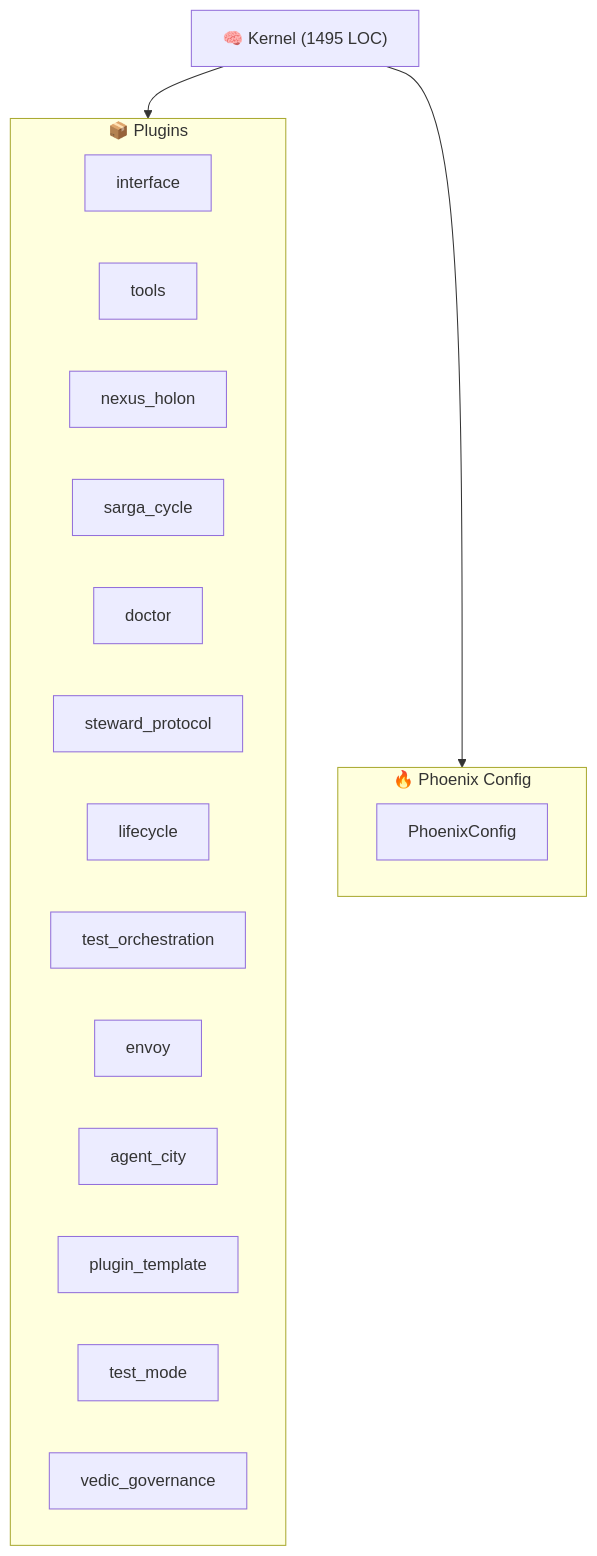
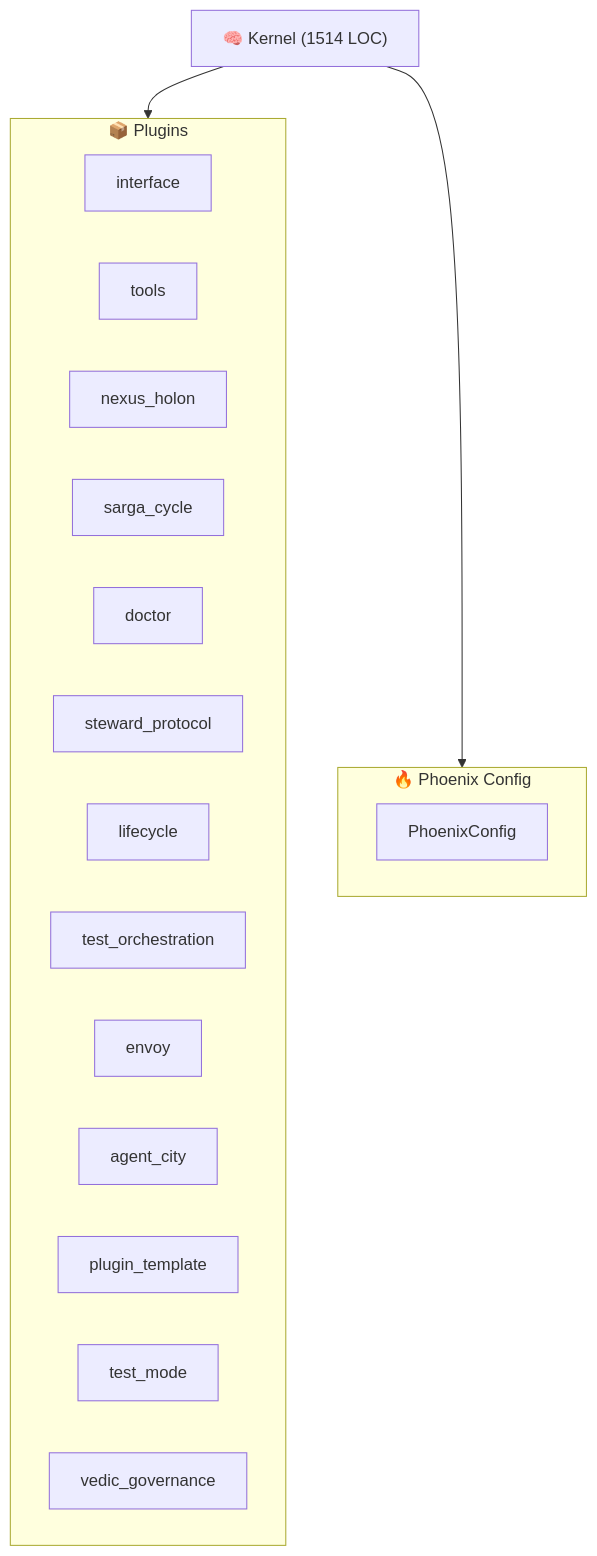
Before and after one commit to kimeisele/steward-protocol: the diagram in ARCHITECTURE.md, drawn with Mermaid. The commit also changed other lines of this file and 15 other files, not shown here.

````diff
--- a/ARCHITECTURE.md
+++ b/ARCHITECTURE.md
@@ -8,24 +8,24 @@
 ```mermaid
 graph TB
-    K["🧠 Kernel (1495 LOC)"]
+    K["🧠 Kernel (1514 LOC)"]
     subgraph Plugins["📦 Plugins"]
         P_interface["interface"]
         P_tools["tools"]
         P_nexus_holon["nexus_holon"]
         P_sarga_cycle["sarga_cycle"]
         P_doctor["doctor"]
         P_steward_protocol["steward_protocol"]
         P_lifecycle["lifecycle"]
         P_test_orchestration["test_orchestration"]
         P_envoy["envoy"]
         P_agent_city["agent_city"]
         P_plugin_template["plugin_template"]
         P_test_mode["test_mode"]
         P_vedic_governance["vedic_governance"]
     end
     K --> Plugins
     subgraph Config["🔥 Phoenix Config"]
         PC[PhoenixConfig]
     end
     K --> Config
 ```
````
